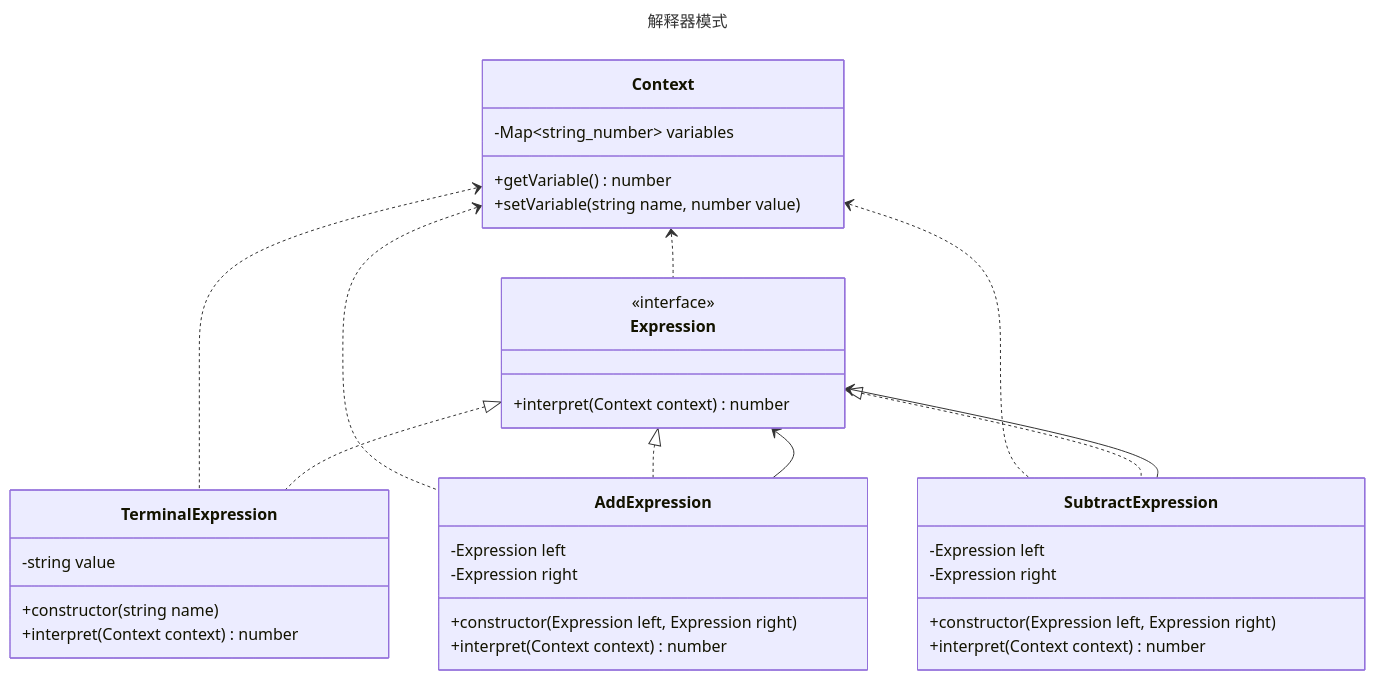
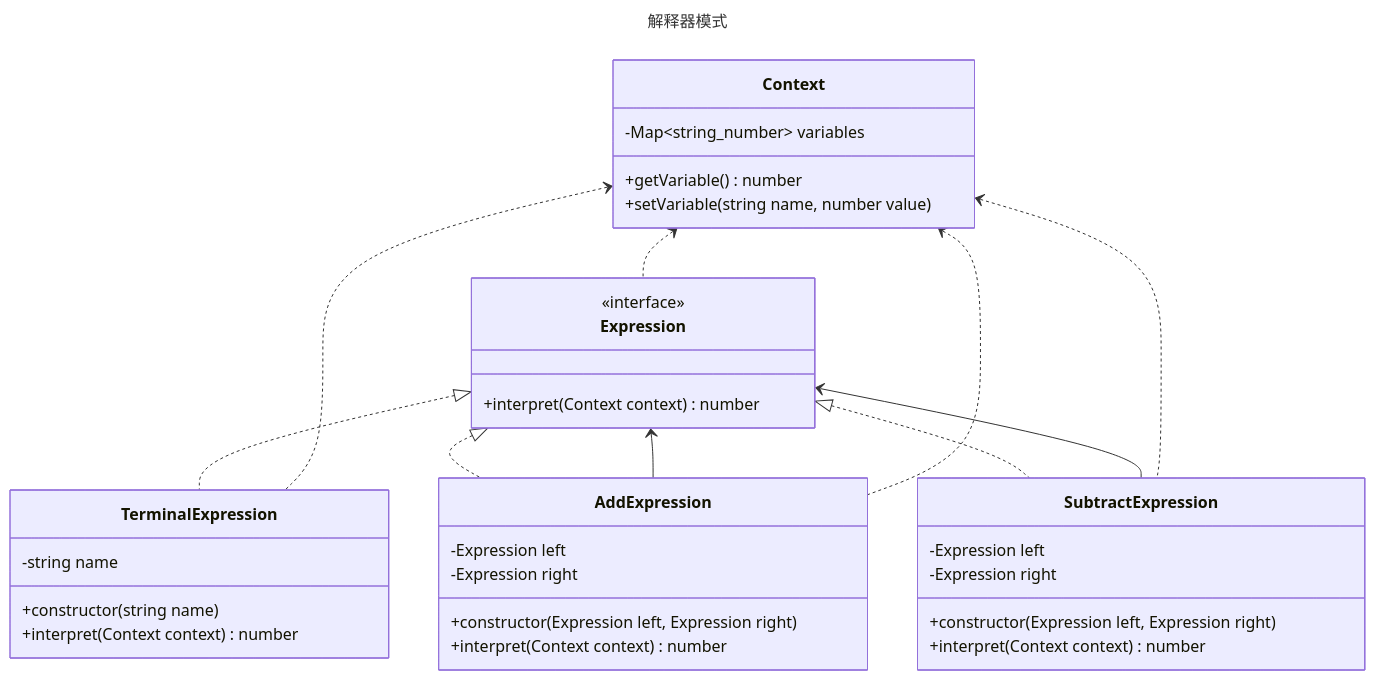
The diagram in interpreter/README.md (fengyun89/typescript-design-patterns), drawn with Mermaid before and after one commit. The commit also changed 17 other files, not shown here.

````diff
--- a/interpreter/README.md
+++ b/interpreter/README.md
@@ -1,41 +1,41 @@
 ```mermaid
 ---
 title: 解释器模式
 ---
 classDiagram
     class Context {
         -Map~string_number~ variables
         +getVariable() number
         +setVariable(string name, number value)
     }
     class Expression {
         <<interface>>
         +interpret(Context context) number
     }
     class TerminalExpression {
-        -string value
+        -string name
         +constructor(string name)
         +interpret(Context context) number
     }
     class AddExpression {
         -Expression left
         -Expression right
         +constructor(Expression left, Expression right)
         +interpret(Context context) number
     }
     class SubtractExpression {
         -Expression left
         -Expression right
         +constructor(Expression left, Expression right)
         +interpret(Context context) number
     }
     Context <.. Expression
-    Context <.. TerminalExpression
-    Context <.. AddExpression
-    Context <.. SubtractExpression
     Expression <|.. TerminalExpression
     Expression <|.. AddExpression
     Expression <|.. SubtractExpression
     Expression <-- AddExpression
     Expression <-- SubtractExpression
+    Context <.. TerminalExpression
+    Context <.. AddExpression
+    Context <.. SubtractExpression
 ```
````
